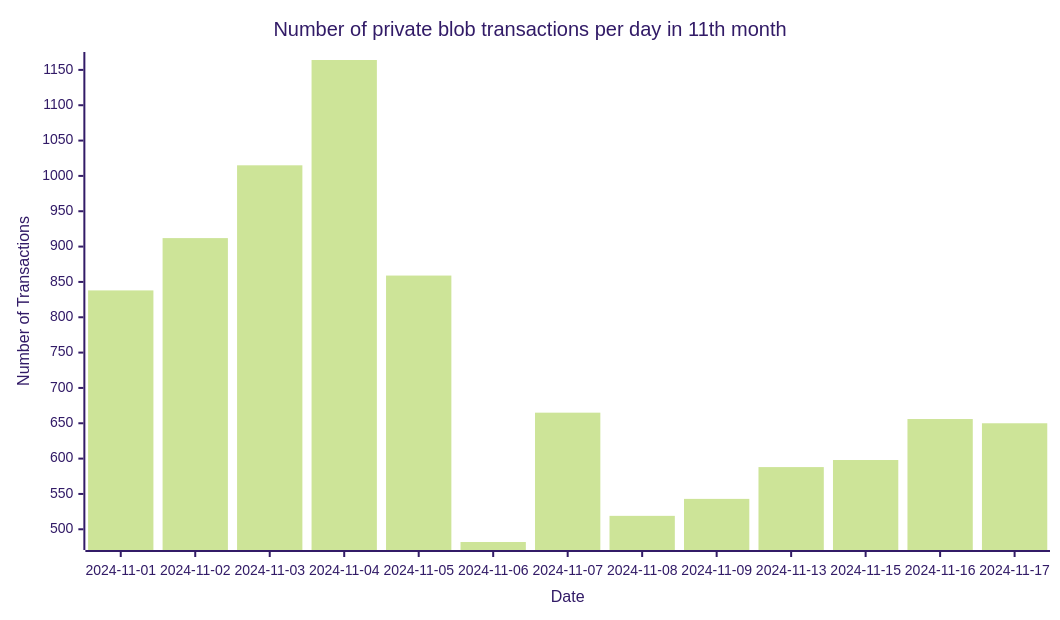
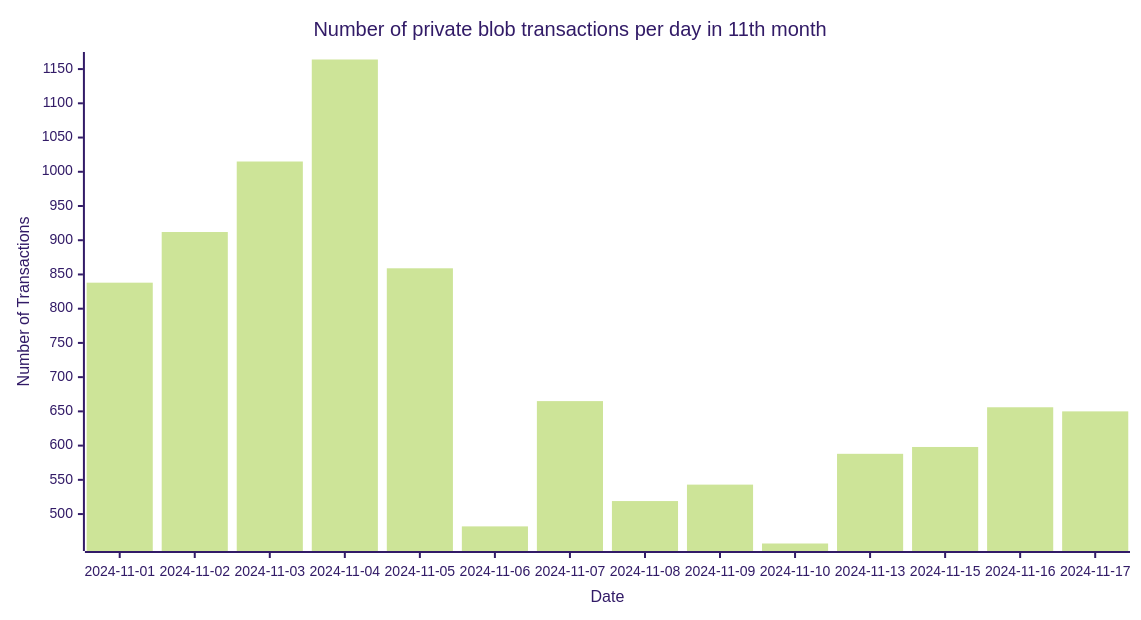
The ninth of 9 diagrams in README.md (Amit0617/eip4844-data), drawn with Mermaid (forest theme) before and after one commit. The commit also changed 1 other file, not shown here.

````diff
--- a/README.md
+++ b/README.md
@@ -105,12 +105,12 @@
 ```mermaid
 ---
 config:
     xyChart:
-        width: 1040
+        width: 1120
         height: 600
 ---
 xychart-beta title "Number of private blob transactions per day in 11th month"
-x-axis "Date" [2024-11-01,2024-11-02,2024-11-03,2024-11-04,2024-11-05,2024-11-06,2024-11-07,2024-11-08,2024-11-09,2024-11-13,2024-11-15,2024-11-16,2024-11-17]
+x-axis "Date" [2024-11-01,2024-11-02,2024-11-03,2024-11-04,2024-11-05,2024-11-06,2024-11-07,2024-11-08,2024-11-09,2024-11-10,2024-11-13,2024-11-15,2024-11-16,2024-11-17]
 y-axis "Number of Transactions"
-bar[838,912,1015,1164,859,482,665,519,543,588,598,656,650]
+bar[838,912,1015,1164,859,482,665,519,543,457,588,598,656,650]
 ```
````
